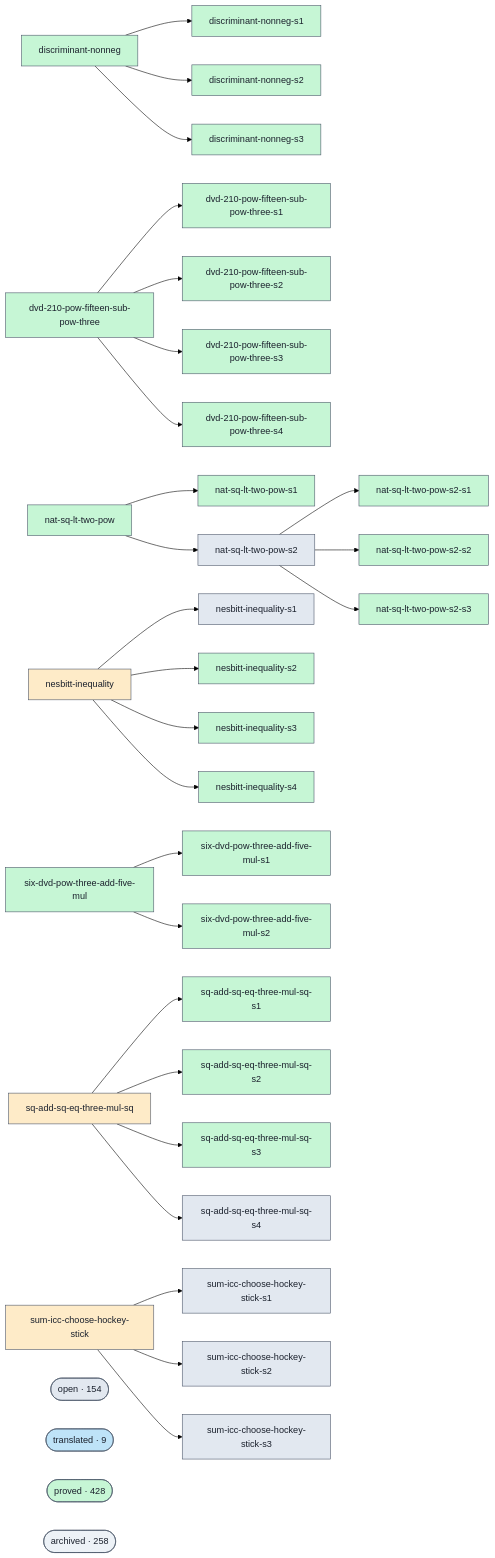
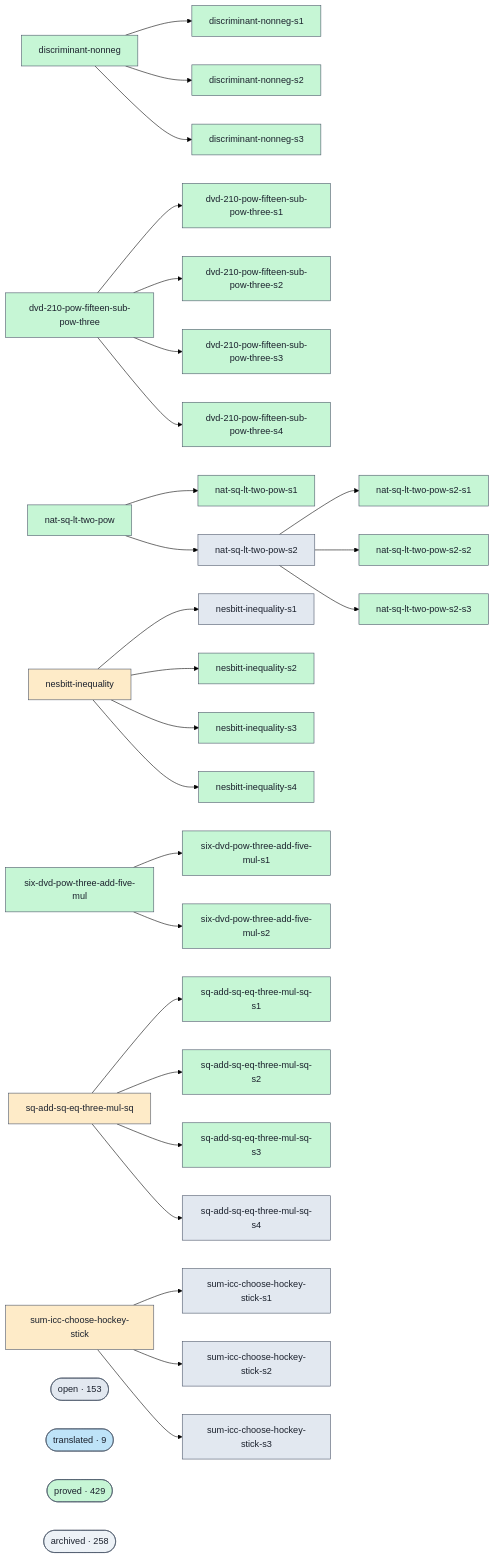
The diagram in docs/proofs-contributors-visualisation.md (ohdearquant/unsorry), drawn with Mermaid (forest theme) before and after one commit. The commit also changed other lines of this file and 2 other files, not shown here.

```diff
--- a/docs/proofs-contributors-visualisation.md
+++ b/docs/proofs-contributors-visualisation.md
@@ -143,11 +143,11 @@
   g_sum_icc_choose_hockey_stick --> g_sum_icc_choose_hockey_stick_s1
   g_sum_icc_choose_hockey_stick --> g_sum_icc_choose_hockey_stick_s2
   g_sum_icc_choose_hockey_stick --> g_sum_icc_choose_hockey_stick_s3
-  cluster_open(["open · 154"])
+  cluster_open(["open · 153"])
   class cluster_open open;
   cluster_translated(["translated · 9"])
   class cluster_translated translated;
-  cluster_proved(["proved · 428"])
+  cluster_proved(["proved · 429"])
   class cluster_proved proved;
   cluster_archived(["archived · 258"])
   class cluster_archived unknown;
```
